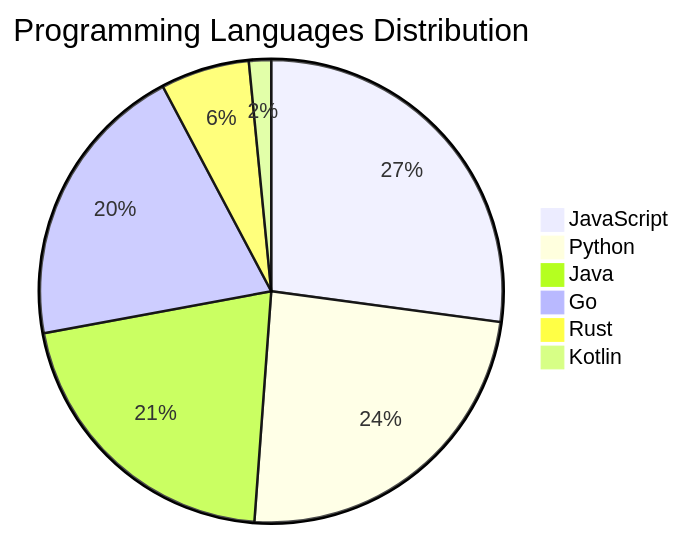
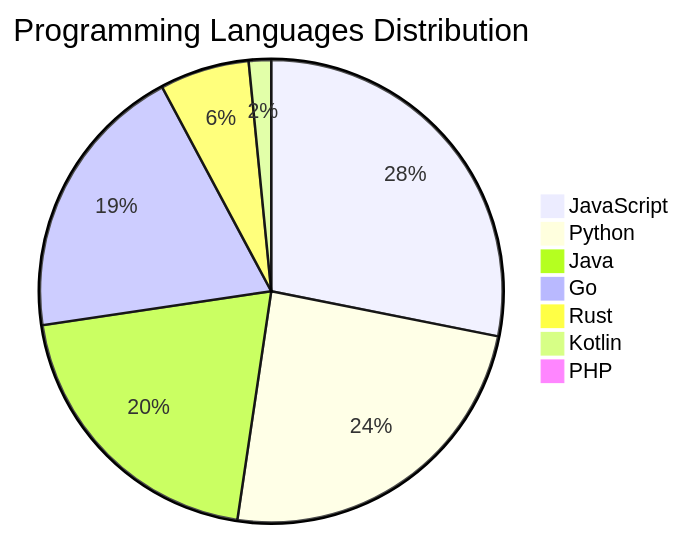
One commit to Derrick-MUGISHA/github-activity-bot changed the diagram in README.md. Above: the diagram before and after it, drawn with Mermaid. The commit also changed other lines of this file and 4 other files, not shown here.

````diff
--- a/README.md
+++ b/README.md
@@ -206,9 +207,10 @@
 ```mermaid
 pie title Programming Languages Distribution
-    "JavaScript" : 35
+    "JavaScript" : 36
     "Python" : 31
-    "Java" : 27
-    "Go" : 26
+    "Java" : 26
+    "Go" : 25
     "Rust" : 8
     "Kotlin" : 2
+    "PHP" : 1
 ```
````
